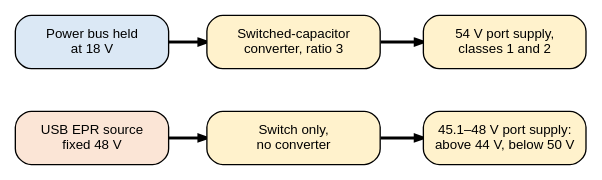
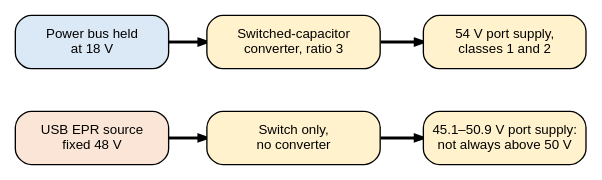
Before and after one commit to mithro/evampire: the diagram in docs/power/poe/supply-options.dot, drawn with Graphviz. The commit also changed 4 other files, not shown here.

```diff
--- a/docs/power/poe/supply-options.dot
+++ b/docs/power/poe/supply-options.dot
@@ -1,26 +1,26 @@
 // Two alternatives for the supply of a power sourcing port: a
 // switched-capacitor converter from an 18 V bus, or a 48 V USB supply used
 // directly. From pse-sequencing.rst.
 //
 // Fill colours: power circuits #fff2cc, the bus #dbe8f5, sources #fbe5d6.
 // Bold edges carry power. Fixed grid (positions in inches).
 //
 // SPDX-License-Identifier: Apache-2.0
 
 digraph supply_options {
     graph [layout=neato, splines=false, overlap=true, outputorder=edgesfirst,
            fontname="Helvetica"];
     node  [shape=box, style="rounded,filled", fontname="Helvetica",
            fontsize=10, width=1.6, height=0.55, fixedsize=true];
     edge  [fontname="Helvetica", fontsize=9, arrowsize=0.6, penwidth=2.2];
 
     b1 [pos="0.9,1.4!", label="Power bus held\nat 18 V", fillcolor="#dbe8f5"];
     s1 [pos="3.0,1.4!", label="Switched-capacitor\nconverter, ratio 3", fillcolor="#fff2cc", width=1.8];
     o1 [pos="5.2,1.4!", label="54 V port supply,\nclasses 1 and 2", fillcolor="#fff2cc", width=1.7];
     b1 -> s1; s1 -> o1;
 
     b2 [pos="0.9,0.4!", label="USB EPR source\nfixed 48 V", fillcolor="#fbe5d6"];
     s2 [pos="3.0,0.4!", label="Switch only,\nno converter", fillcolor="#fff2cc", width=1.8];
-    o2 [pos="5.2,0.4!", label="45.1–48 V port supply:\nabove 44 V, below 50 V", fillcolor="#fff2cc", width=1.7];
+    o2 [pos="5.2,0.4!", label="45.1–50.9 V port supply:\nnot always above 50 V", fillcolor="#fff2cc", width=1.7];
     b2 -> s2; s2 -> o2;
 }
```
